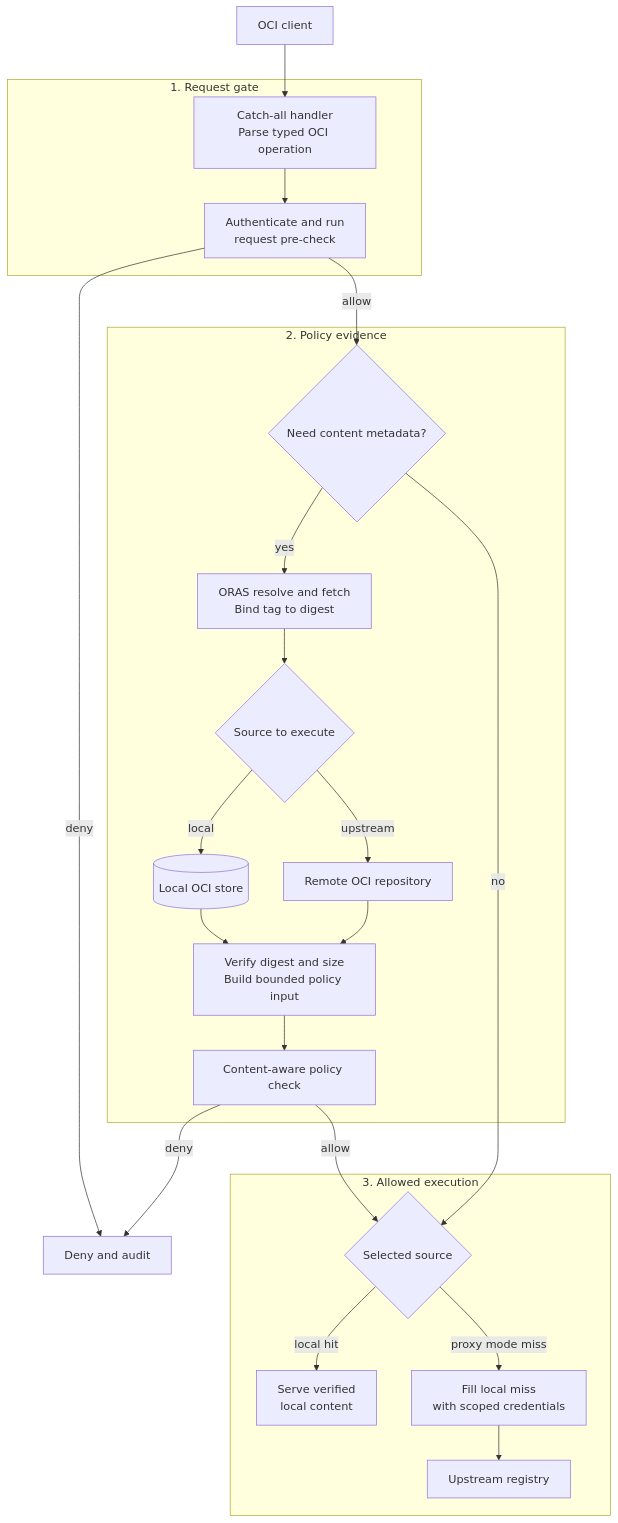
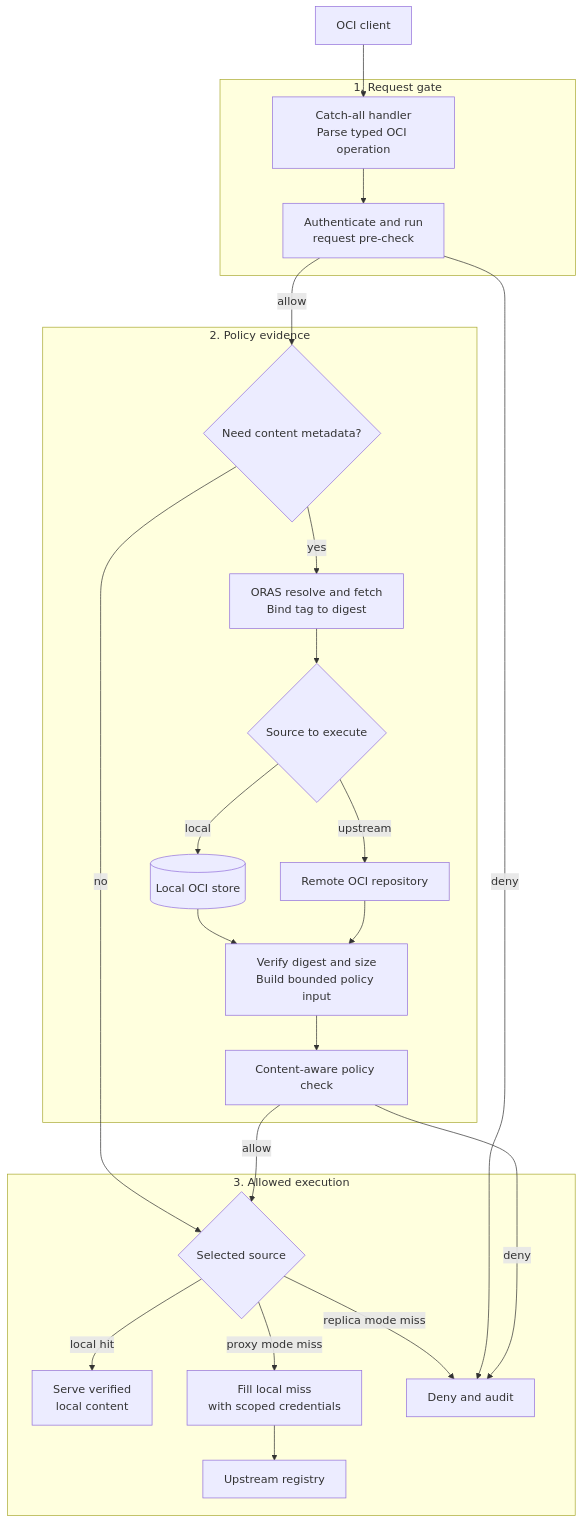
Before and after one commit to container-registry/harbor-satellite: the first of 2 diagrams in docs/decisions/0009-transparent-oci-registry-proxy.md, drawn with Mermaid. The commit also changed other lines of this file and 34 other files, not shown here.

````diff
--- a/docs/decisions/0009-transparent-oci-registry-proxy.md
+++ b/docs/decisions/0009-transparent-oci-registry-proxy.md
@@ -81,47 +81,48 @@
 ```mermaid
 flowchart TB
     Client[OCI client]
 
     subgraph Gate[1. Request gate]
         Parse[Catch-all handler<br/>Parse typed OCI operation]
         Pre[Authenticate and run<br/>request pre-check]
         Parse --> Pre
     end
 
     subgraph Evidence[2. Policy evidence]
         Need{Need content metadata?}
         Resolve[ORAS resolve and fetch<br/>Bind tag to digest]
         MetadataSource{Source to execute}
         LocalMeta[(Local OCI store)]
         RemoteMeta[Remote OCI repository]
         Verify[Verify digest and size<br/>Build bounded policy input]
         Admit[Content-aware policy check]
 
         Need -->|yes| Resolve
         Resolve --> MetadataSource
         MetadataSource -->|local| LocalMeta
         MetadataSource -->|upstream| RemoteMeta
         LocalMeta --> Verify
         RemoteMeta --> Verify
         Verify --> Admit
     end
 
     subgraph Execute[3. Allowed execution]
         Source{Selected source}
         LocalRead[Serve verified<br/>local content]
         Forward[Fill local miss<br/>with scoped credentials]
         Upstream[Upstream registry]
 
         Source -->|local hit| LocalRead
         Source -->|proxy mode miss| Forward --> Upstream
+        Source -->|replica mode miss| Deny
     end
 
     Deny[Deny and audit]
 
     Client --> Parse
     Pre -->|deny| Deny
     Pre -->|allow| Need
     Need -->|no| Source
     Admit -->|deny| Deny
     Admit -->|allow| Source
 ```
````
